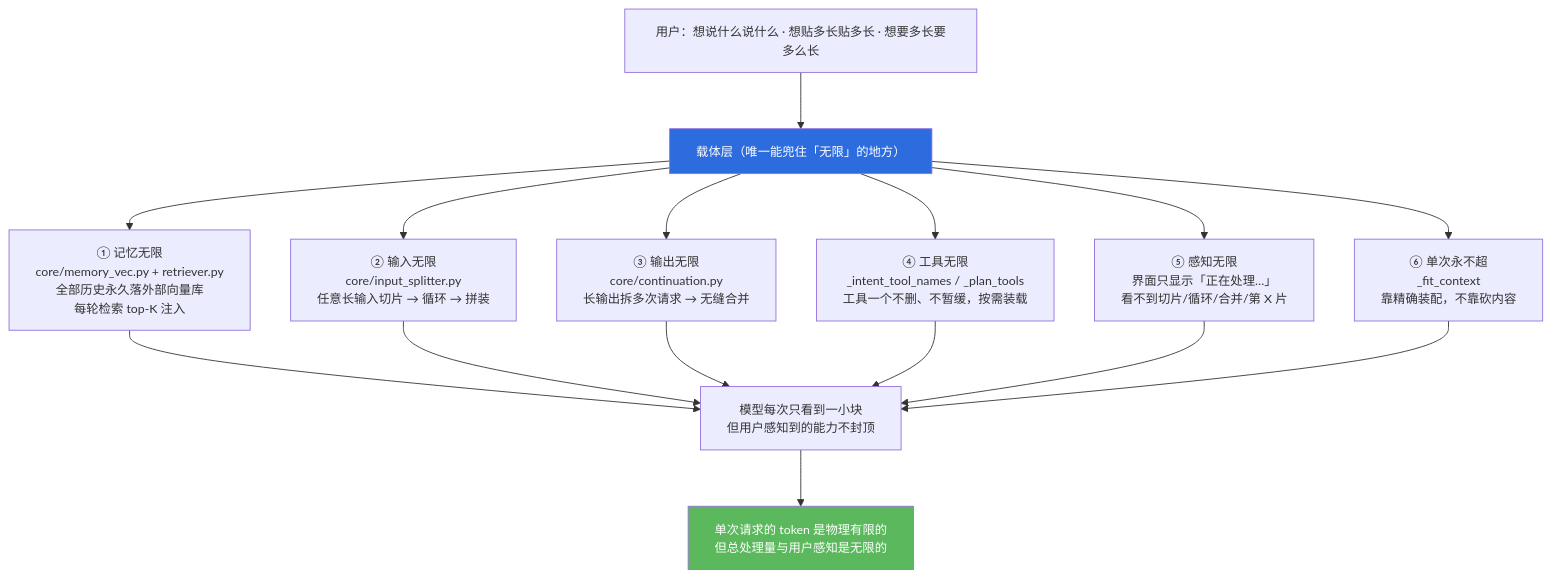
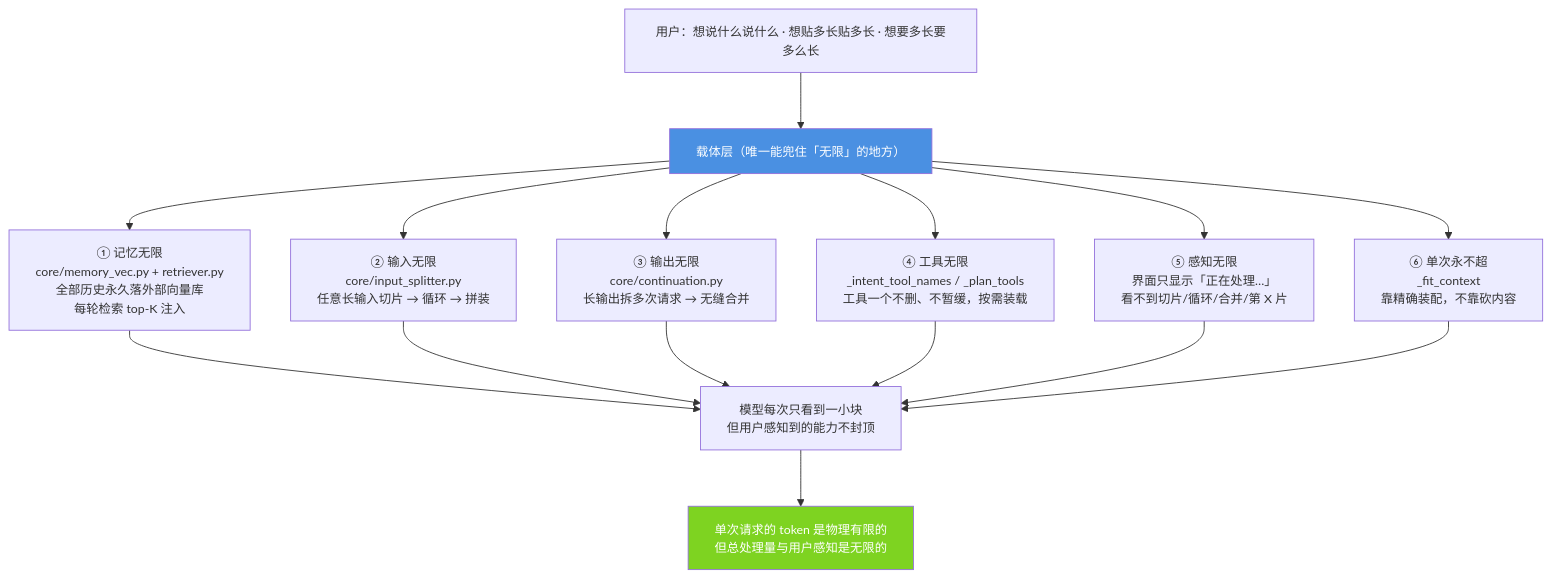
One commit to jiangchuangege/xiaojiao-harnees changed the tenth of 20 diagrams in docs/architecture-diagrams.md. Above: the diagram before and after it, drawn with Mermaid. The commit also changed other lines of this file and 32 other files, not shown here.

Commit message:
统一：全仓原理图配色到一套调色板 + 给 12 张灰图补色 + 修正自己会睡那张过期图

````diff
--- a/docs/architecture-diagrams.md
+++ b/docs/architecture-diagrams.md
@@ -373,24 +373,24 @@
 ```mermaid
 %%{init: {"themeVariables": {"fontSize": "14px"}, "flowchart": {"htmlLabels": true, "wrappingWidth": 340, "nodeSpacing": 46, "rankSpacing": 64, "useMaxWidth": true}}}%%
 flowchart TB
     U["用户：想说什么说什么 · 想贴多长贴多长 · 想要多长要多么长"]
     U --> C["载体层（唯一能兜住「无限」的地方）"]
 
     C --> I1["① 记忆无限<br/>core/memory_vec.py + retriever.py<br/>全部历史永久落外部向量库<br/>每轮检索 top-K 注入"]
     C --> I2["② 输入无限<br/>core/input_splitter.py<br/>任意长输入切片 → 循环 → 拼装"]
     C --> I3["③ 输出无限<br/>core/continuation.py<br/>长输出拆多次请求 → 无缝合并"]
     C --> I4["④ 工具无限<br/>_intent_tool_names / _plan_tools<br/>工具一个不删、不暂缓，按需装载"]
     C --> I5["⑤ 感知无限<br/>界面只显示「正在处理…」<br/>看不到切片/循环/合并/第 X 片"]
     C --> I6["⑥ 单次永不超<br/>_fit_context<br/>靠精确装配，不靠砍内容"]
 
     I1 --> R["模型每次只看到一小块<br/>但用户感知到的能力不封顶"]
     I2 --> R
     I3 --> R
     I4 --> R
     I5 --> R
     I6 --> R
     R --> OUT["单次请求的 token 是物理有限的<br/>但总处理量与用户感知是无限的"]
 
-    style C fill:#2d6cdf,color:#fff
-    style OUT fill:#5cb85c,color:#fff
+    style C fill:#4A90E2,color:#fff
+    style OUT fill:#7ED321,color:#fff
 ```
````
